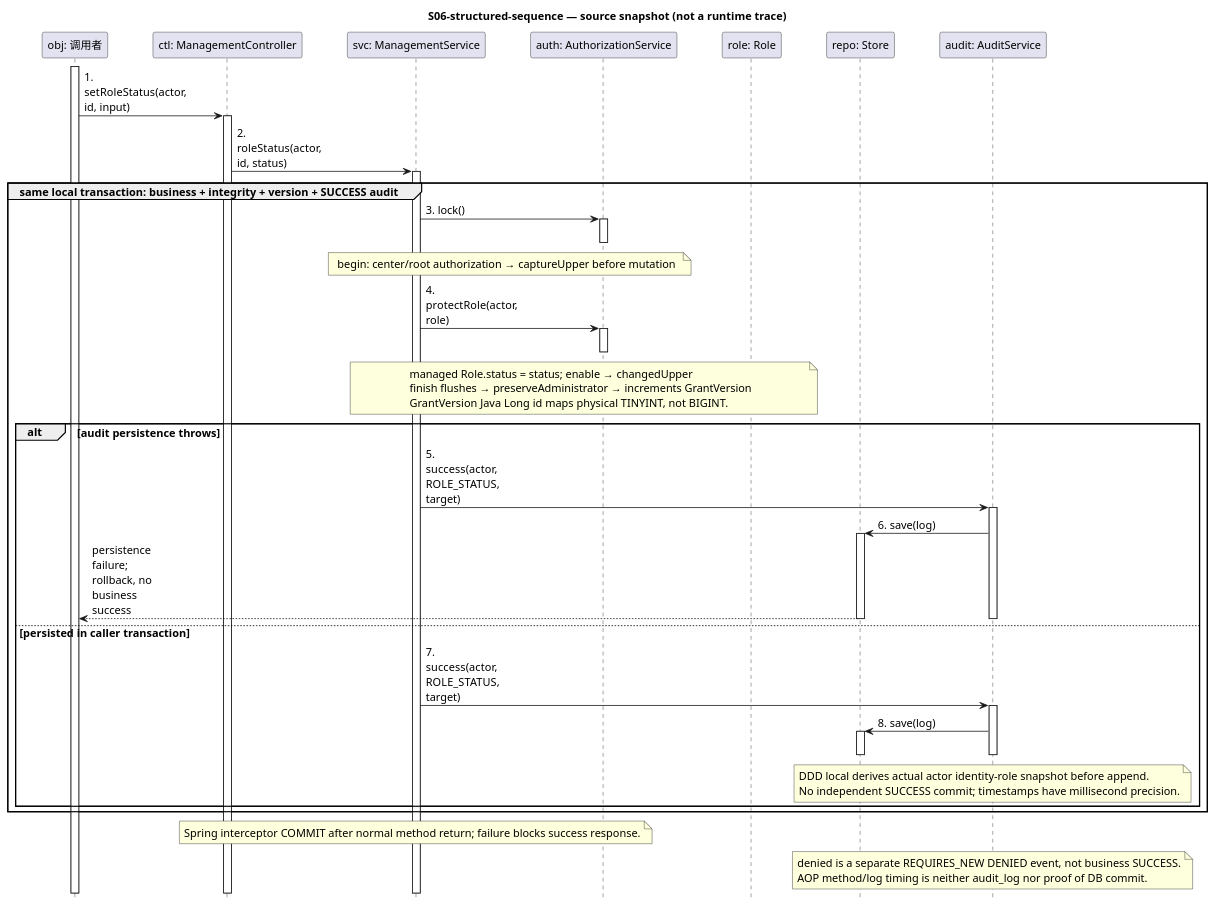
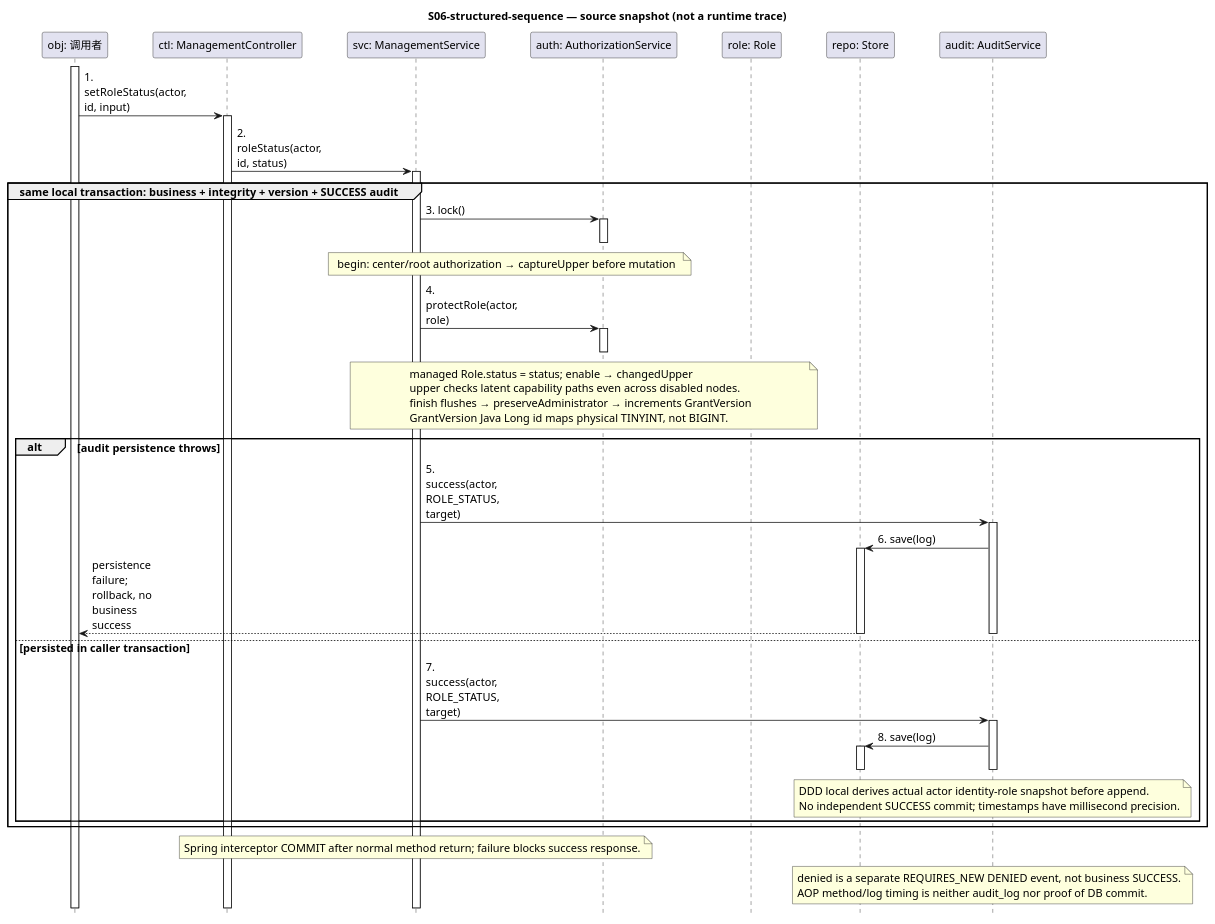
The diagram in docs/design/S06-structured-sequence.puml (tang-new/OOAD), drawn with PlantUML before and after one commit. The commit also changed 22 other files, not shown here.

Commit message:
[C/I5] docs: record scoped regression evidence and synchronize role diagrams

```diff
--- a/docs/design/S06-structured-sequence.puml
+++ b/docs/design/S06-structured-sequence.puml
@@ -1,68 +1,69 @@
 @startuml
 hide footbox
 skinparam defaultFontName Microsoft YaHei
 skinparam defaultFontSize 14
 skinparam ParticipantPadding 24
 skinparam BoxPadding 12
 skinparam sequenceMessageAlign left
 skinparam maxMessageSize 100
 title S06-structured-sequence — source snapshot (not a runtime trace)
 participant "obj: 调用者" as obj
 participant "ctl: ManagementController" as ctl
 participant "svc: ManagementService" as svc
 participant "auth: AuthorizationService" as auth
 participant "role: Role" as role
 participant "repo: Store" as repo
 participant "audit: AuditService" as audit
 activate obj
 obj -> ctl: 1. setRoleStatus(actor, id, input)
 activate ctl
 ctl -> svc: 2. roleStatus(actor, id, status)
 activate svc
 group same local transaction: business + integrity + version + SUCCESS audit
 svc -> auth: 3. lock()
 activate auth
 deactivate auth
 note over svc,auth
 begin: center/root authorization → captureUpper before mutation
 end note
 svc -> auth: 4. protectRole(actor, role)
 activate auth
 deactivate auth
 note over svc,role
 managed Role.status = status; enable → changedUpper
+upper checks latent capability paths even across disabled nodes.
 finish flushes → preserveAdministrator → increments GrantVersion
 GrantVersion Java Long id maps physical TINYINT, not BIGINT.
 end note
 alt audit persistence throws
 svc -> audit: 5. success(actor, ROLE_STATUS, target)
 activate audit
 audit -> repo: 6. save(log)
 activate repo
 repo --> obj: persistence failure; rollback, no business success
 deactivate repo
 deactivate audit
 else persisted in caller transaction
 svc -> audit: 7. success(actor, ROLE_STATUS, target)
 activate audit
 audit -> repo: 8. save(log)
 activate repo
 deactivate repo
 deactivate audit
 note over audit
 DDD local derives actual actor identity-role snapshot before append.
 No independent SUCCESS commit; timestamps have millisecond precision.
 end note
 end
 end
 note over svc
 Spring interceptor COMMIT after normal method return; failure blocks success response.
 end note
 note over audit
 denied is a separate REQUIRES_NEW DENIED event, not business SUCCESS.
 AOP method/log timing is neither audit_log nor proof of DB commit.
 end note
 deactivate svc
 deactivate ctl
 deactivate obj
 @enduml
```
